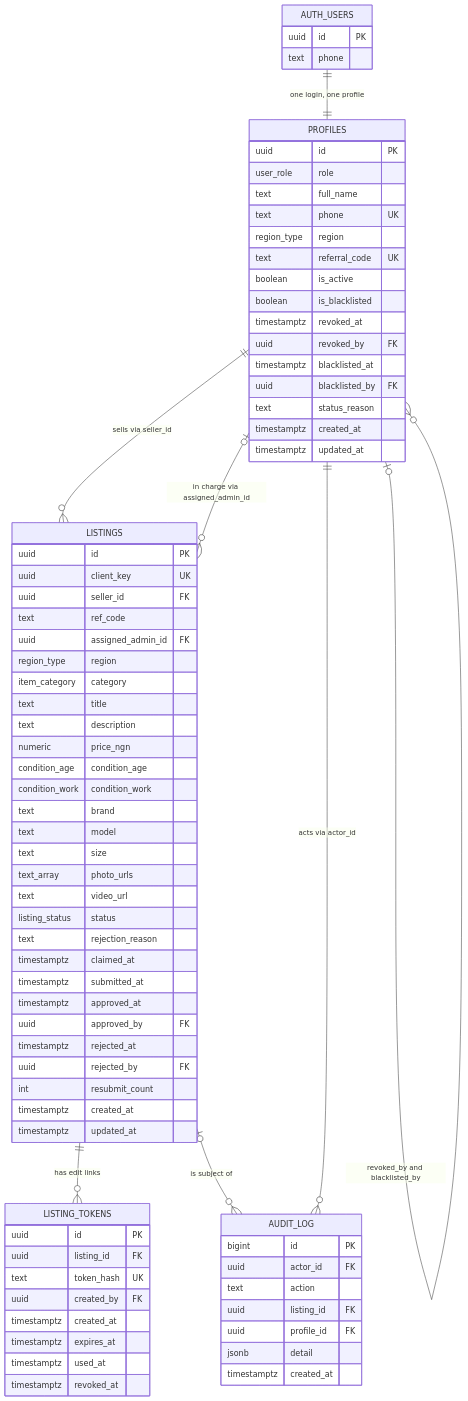
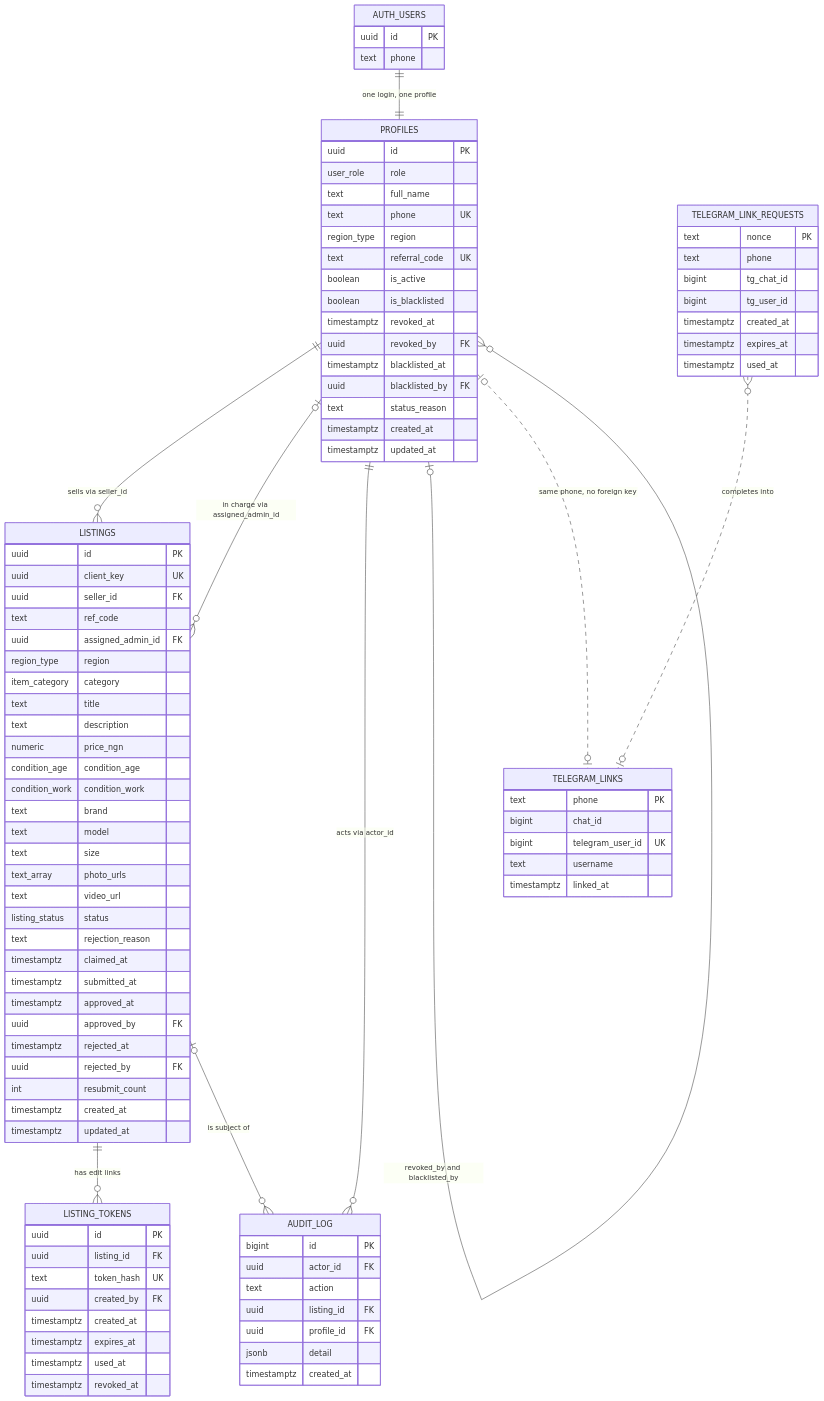
The diagram in docs/phase-1/03_ERD_AND_DATABASE_SCHEMA.md (Ighodalo-Labs/obn-nation), drawn with Mermaid before and after one commit. The commit also changed other lines of this file and 34 other files, not shown here.

First line of the commit message:
CR-01: Telegram as the message channel (bot sender, webhook, link tables, sign-in step), off by default

```diff
--- a/docs/phase-1/03_ERD_AND_DATABASE_SCHEMA.md
+++ b/docs/phase-1/03_ERD_AND_DATABASE_SCHEMA.md
@@ -27,6 +27,8 @@
   PROFILES ||--o{ AUDIT_LOG : "acts via actor_id"
   LISTINGS |o--o{ AUDIT_LOG : "is subject of"
   PROFILES |o--o{ PROFILES : "revoked_by and blacklisted_by"
+  PROFILES |o..o| TELEGRAM_LINKS : "same phone, no foreign key"
+  TELEGRAM_LINK_REQUESTS }o..o| TELEGRAM_LINKS : "completes into"
 
   AUTH_USERS {
     uuid id PK
@@ -89,6 +91,22 @@
     timestamptz used_at
     timestamptz revoked_at
   }
+  TELEGRAM_LINKS {
+    text phone PK
+    bigint chat_id
+    bigint telegram_user_id UK
+    text username
+    timestamptz linked_at
+  }
+  TELEGRAM_LINK_REQUESTS {
+    text nonce PK
+    text phone
+    bigint tg_chat_id
+    bigint tg_user_id
+    timestamptz created_at
+    timestamptz expires_at
+    timestamptz used_at
+  }
   AUDIT_LOG {
     bigint id PK
     uuid actor_id FK
```
